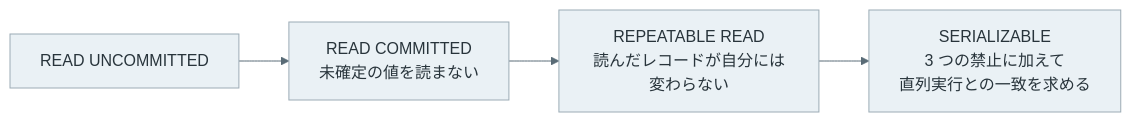
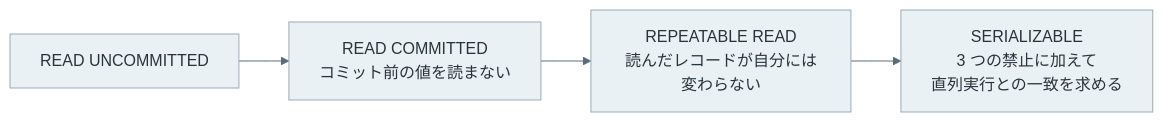
One commit to nao1215/debimate changed the fourth of 8 diagrams in content/notes/database-systems/transaction-isolation/index.md. Above: the diagram before and after it, drawn with Mermaid. The commit also changed other lines of this file and 32 other files, not shown here.

````diff
--- a/content/notes/database-systems/transaction-isolation/index.md
+++ b/content/notes/database-systems/transaction-isolation/index.md
@@ -147,8 +147,8 @@
 ```mermaid
 %%{init: {"theme":"base","themeVariables":{"primaryColor":"#eaf1f5","primaryTextColor":"#28343b","primaryBorderColor":"#9cabb5","lineColor":"#596b76","textColor":"#28343b","actorBkg":"#eaf1f5","actorBorder":"#9cabb5","actorTextColor":"#28343b","actorLineColor":"#9cabb5","signalColor":"#596b76","signalTextColor":"#28343b","noteBkgColor":"#f7f1e5","noteBorderColor":"#c5b99b","noteTextColor":"#403c32","activationBkgColor":"#edf3ef","activationBorderColor":"#9aafa1"}}}%%
 flowchart LR
-    RU["READ UNCOMMITTED"] --> RC["READ COMMITTED<br/>未確定の値を読まない"]
+    RU["READ UNCOMMITTED"] --> RC["READ COMMITTED<br/>コミット前の値を読まない"]
     RC --> RR["REPEATABLE READ<br/>読んだレコードが自分には変わらない"]
     RR --> SE["SERIALIZABLE<br/>3 つの禁止に加えて<br/>直列実行との一致を求める"]
     classDef default fill:#eaf1f5,stroke:#9cabb5,color:#28343b;
 ```
````
